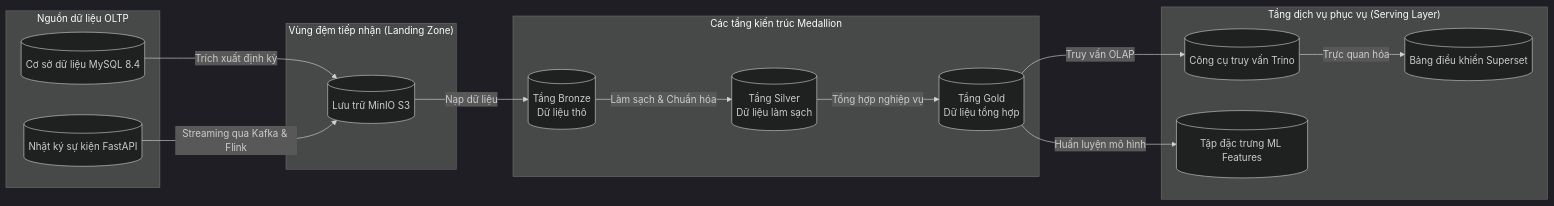
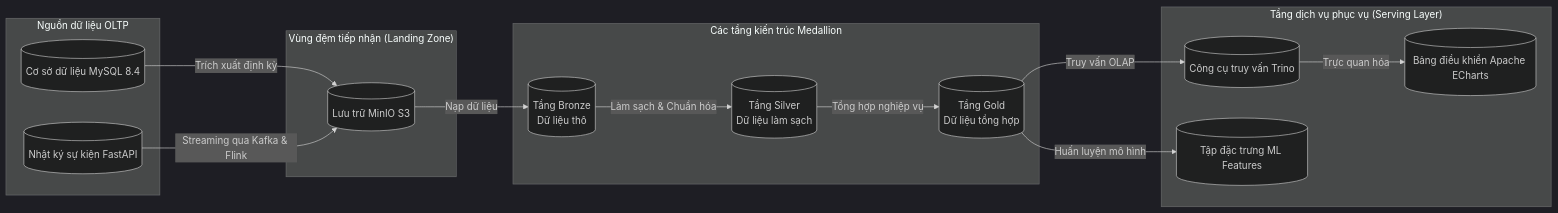
Diagram 42 of 57 in docs/design-analysis/OOSAD_ANALYSIS.md (DanhTrannn/TLCN), drawn with Mermaid (dark theme) before and after one commit. The commit also changed other lines of this file and 8 other files, not shown here.

Commit message:
docs: remove all legacy Apache Superset references in favor of Apache ECharts and Trino

````diff
--- a/docs/design-analysis/OOSAD_ANALYSIS.md
+++ b/docs/design-analysis/OOSAD_ANALYSIS.md
@@ -2039,32 +2039,32 @@
 ```mermaid
 graph LR
     subgraph "Nguồn dữ liệu OLTP"
         MySQL[(Cơ sở dữ liệu MySQL 8.4)]
         FastAPI[(Nhật ký sự kiện FastAPI)]
     end
     
     subgraph "Vùng đệm tiếp nhận (Landing Zone)"
         MinIO[(Lưu trữ MinIO S3)]
     end
     
     subgraph "Các tầng kiến trúc Medallion"
         Bronze[(Tầng Bronze<br>Dữ liệu thô)]
         Silver[(Tầng Silver<br>Dữ liệu làm sạch)]
         Gold[(Tầng Gold<br>Dữ liệu tổng hợp)]
     end
     
     subgraph "Tầng dịch vụ phục vụ (Serving Layer)"
         Trino[(Công cụ truy vấn Trino)]
-        Superset[(Bảng điều khiển Superset)]
+        ECH[(Bảng điều khiển Apache ECharts)]
         ML[(Tập đặc trưng ML Features)]
     end
     
     MySQL -->|Trích xuất định kỳ| MinIO
     FastAPI -->|Streaming qua Kafka & Flink| MinIO
     MinIO -->|Nạp dữ liệu| Bronze
     Bronze -->|Làm sạch & Chuẩn hóa| Silver
     Silver -->|Tổng hợp nghiệp vụ| Gold
     Gold -->|Truy vấn OLAP| Trino
-    Trino -->|Trực quan hóa| Superset
+    Trino -->|Trực quan hóa| ECH
     Gold -->|Huấn luyện mô hình| ML
 ```
````
